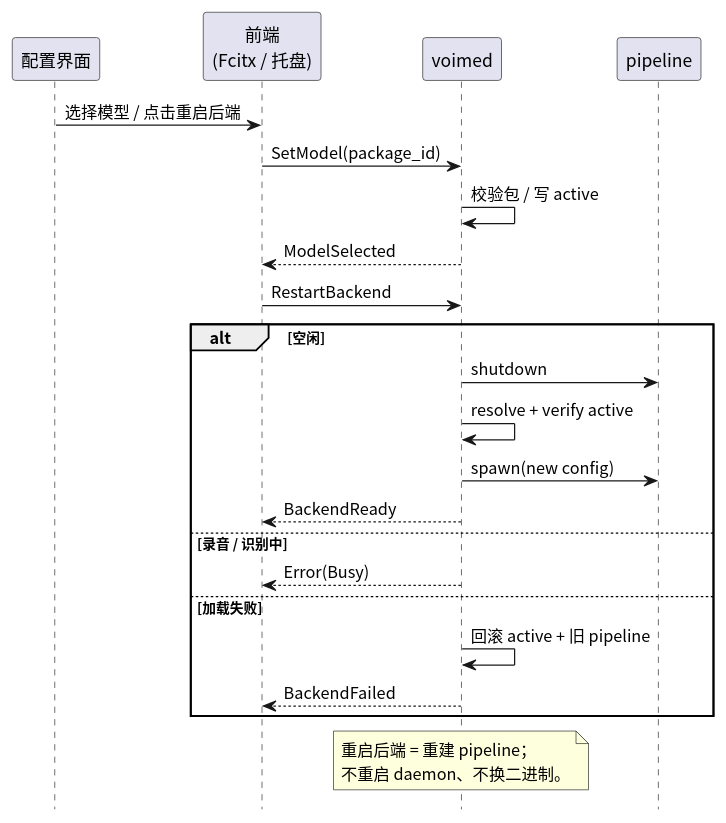
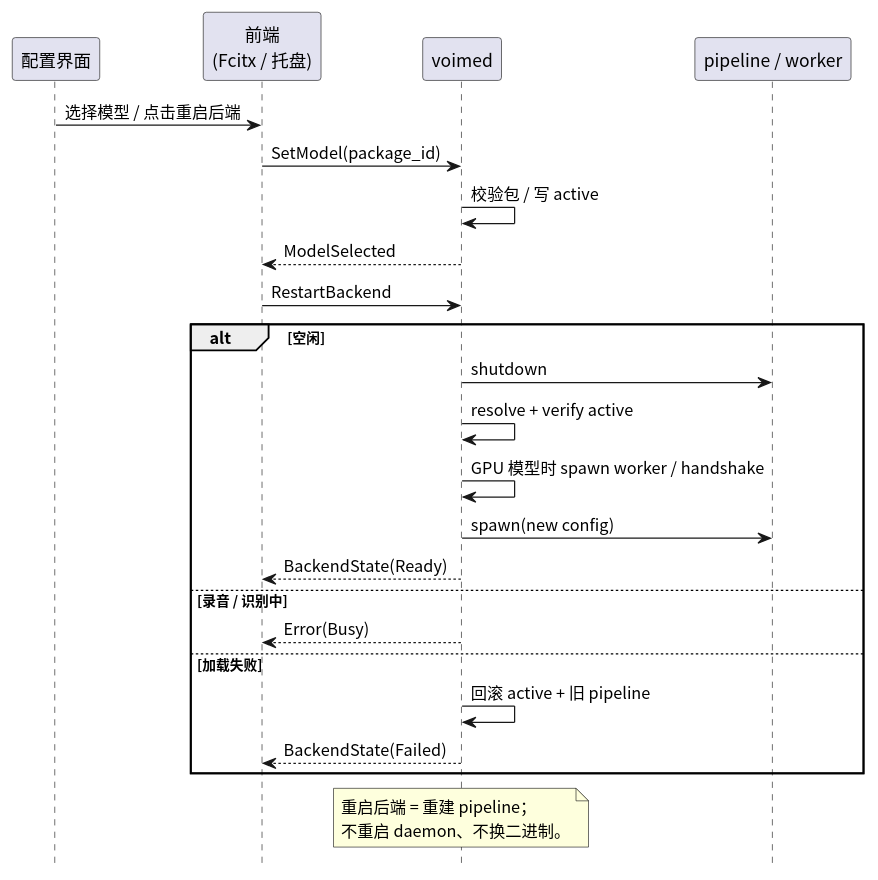
Before and after one commit to 54m43lJ/voime: the diagram in diagram/backend-restart.puml, drawn with PlantUML. The commit also changed 9 other files, not shown here.

First line of the commit message:
docs: 重写 ASR v2 提案并补充 GPU worker 架构图

```diff
--- a/diagram/backend-restart.puml
+++ b/diagram/backend-restart.puml
@@ -1,31 +1,32 @@
 @startuml
 skinparam defaultFontName "Noto Sans CJK SC"
 skinparam shadowing false
 hide footbox
 
 participant "配置界面" as UI
 participant "前端\n(Fcitx / 托盘)" as Frontend
 participant "voimed" as Daemon
-participant "pipeline" as Pipeline
+participant "pipeline / worker" as Pipeline
 
 UI -> Frontend : 选择模型 / 点击重启后端
 Frontend -> Daemon : SetModel(package_id)
 Daemon -> Daemon : 校验包 / 写 active
 Daemon --> Frontend : ModelSelected
 Frontend -> Daemon : RestartBackend
 alt 空闲
   Daemon -> Pipeline : shutdown
   Daemon -> Daemon : resolve + verify active
+  Daemon -> Daemon : GPU 模型时 spawn worker / handshake
   Daemon -> Pipeline : spawn(new config)
-  Daemon --> Frontend : BackendReady
+  Daemon --> Frontend : BackendState(Ready)
 else 录音 / 识别中
   Daemon --> Frontend : Error(Busy)
 else 加载失败
   Daemon -> Daemon : 回滚 active + 旧 pipeline
-  Daemon --> Frontend : BackendFailed
+  Daemon --> Frontend : BackendState(Failed)
 end
 note over Daemon
   重启后端 = 重建 pipeline；
   不重启 daemon、不换二进制。
 end note
 @enduml
```
